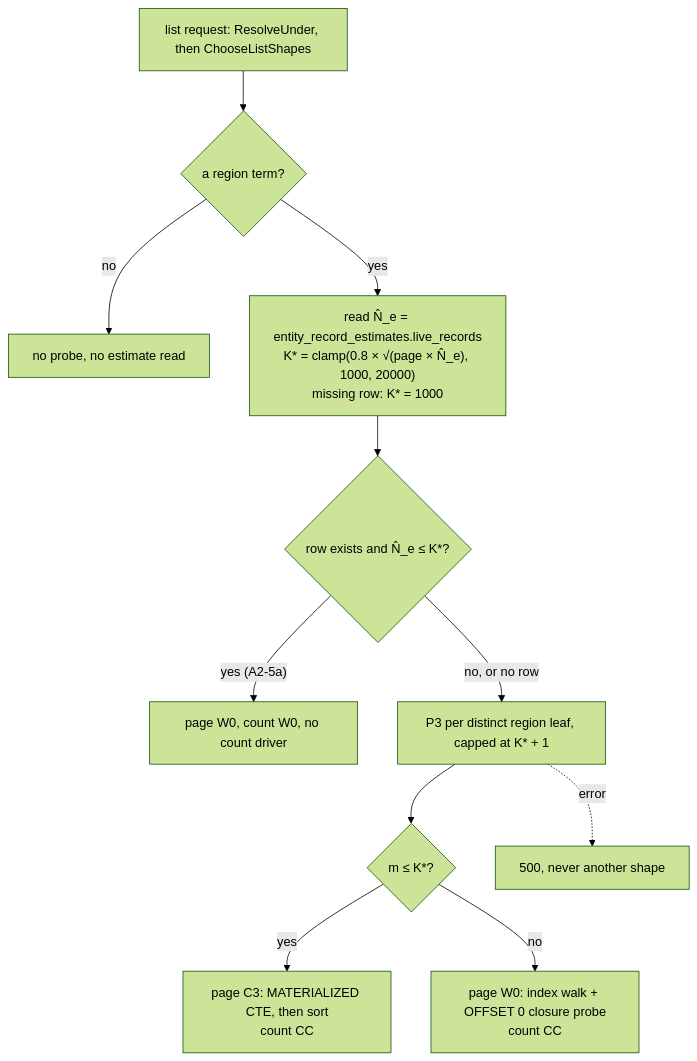
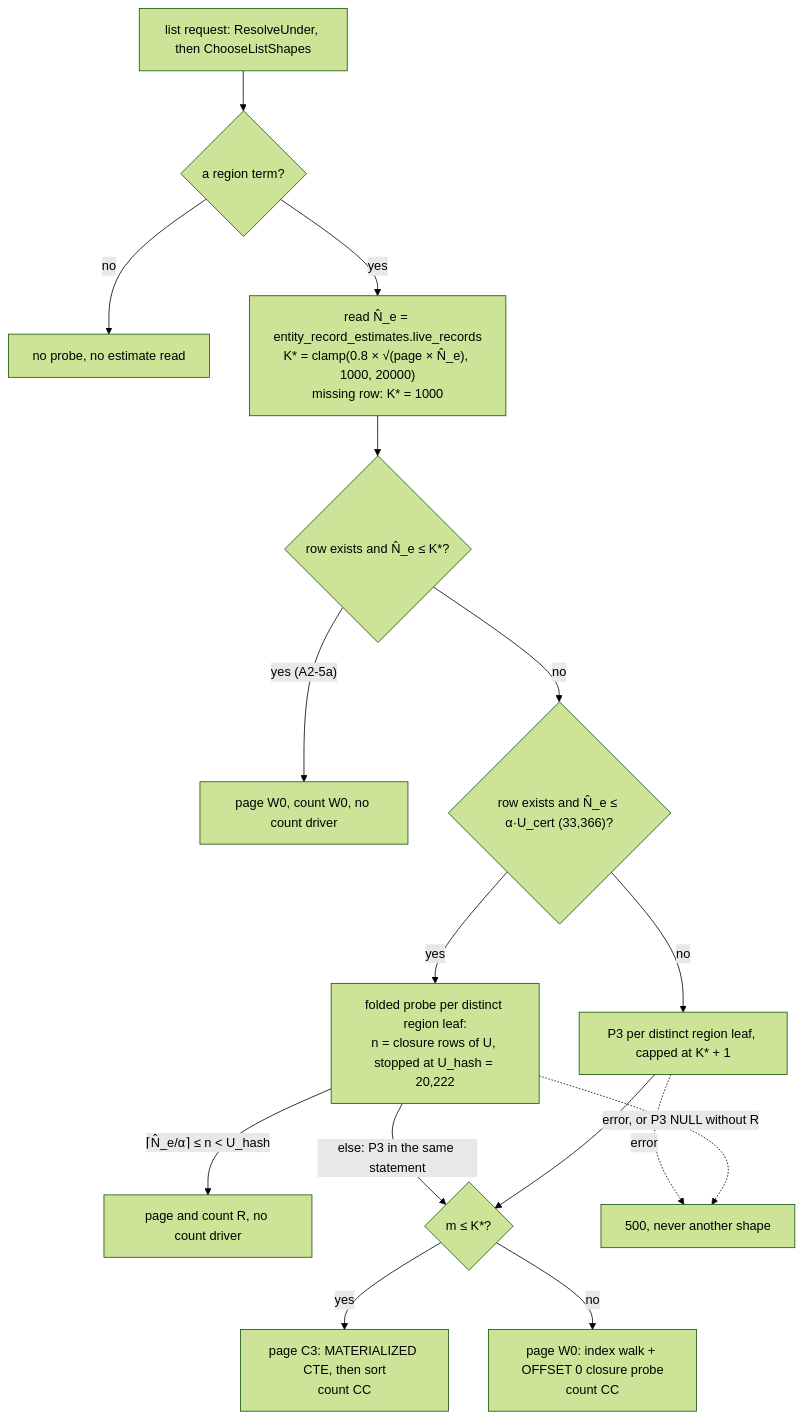
Before and after one commit to Navaladi2019/TicketingSystem: the second of 2 diagrams in docs/architecture/access-under-leaf.md, drawn with Mermaid (forest theme). The commit also changed other lines of this file and 2 other files, not shown here.

Commit message:
TICK-1104: budget line, AR-TICK-1040-01's third bit, the under-leaf note

````diff
--- a/docs/architecture/access-under-leaf.md
+++ b/docs/architecture/access-under-leaf.md
@@ -63,13 +67,18 @@
 ```mermaid
 flowchart TD
     L[list request: ResolveUnder, then ChooseListShapes] --> T{a region term?}
     T -- no --> X[no probe, no estimate read]
     T -- yes --> E["read N̂_e = entity_record_estimates.live_records<br/>K* = clamp(0.8 × √(page × N̂_e), 1000, 20000)<br/>missing row: K* = 1000"]
     E --> R{row exists and N̂_e ≤ K*?}
     R -- "yes (A2-5a)" --> W2["page W0, count W0, no count driver"]
-    R -- "no, or no row" --> P["P3 per distinct region leaf, capped at K* + 1"]
+    R -- no --> RI{"row exists and N̂_e ≤ α·U_cert (33,366)?"}
+    RI -- no --> P["P3 per distinct region leaf, capped at K* + 1"]
+    RI -- yes --> FP["folded probe per distinct region leaf:<br/>n = closure rows of U, stopped at U_hash = 20,222"]
+    FP -- "⌈N̂_e/α⌉ ≤ n < U_hash" --> RR["page and count R, no count driver"]
+    FP -- "else: P3 in the same statement" --> M
     P --> M{m ≤ K*?}
     M -- yes --> C3["page C3: MATERIALIZED CTE, then sort<br/>count CC"]
     M -- no --> W0["page W0: index walk + OFFSET 0 closure probe<br/>count CC"]
     P -. error .-> F[500, never another shape]
+    FP -. "error, or P3 NULL without R" .-> F
 ```
````
